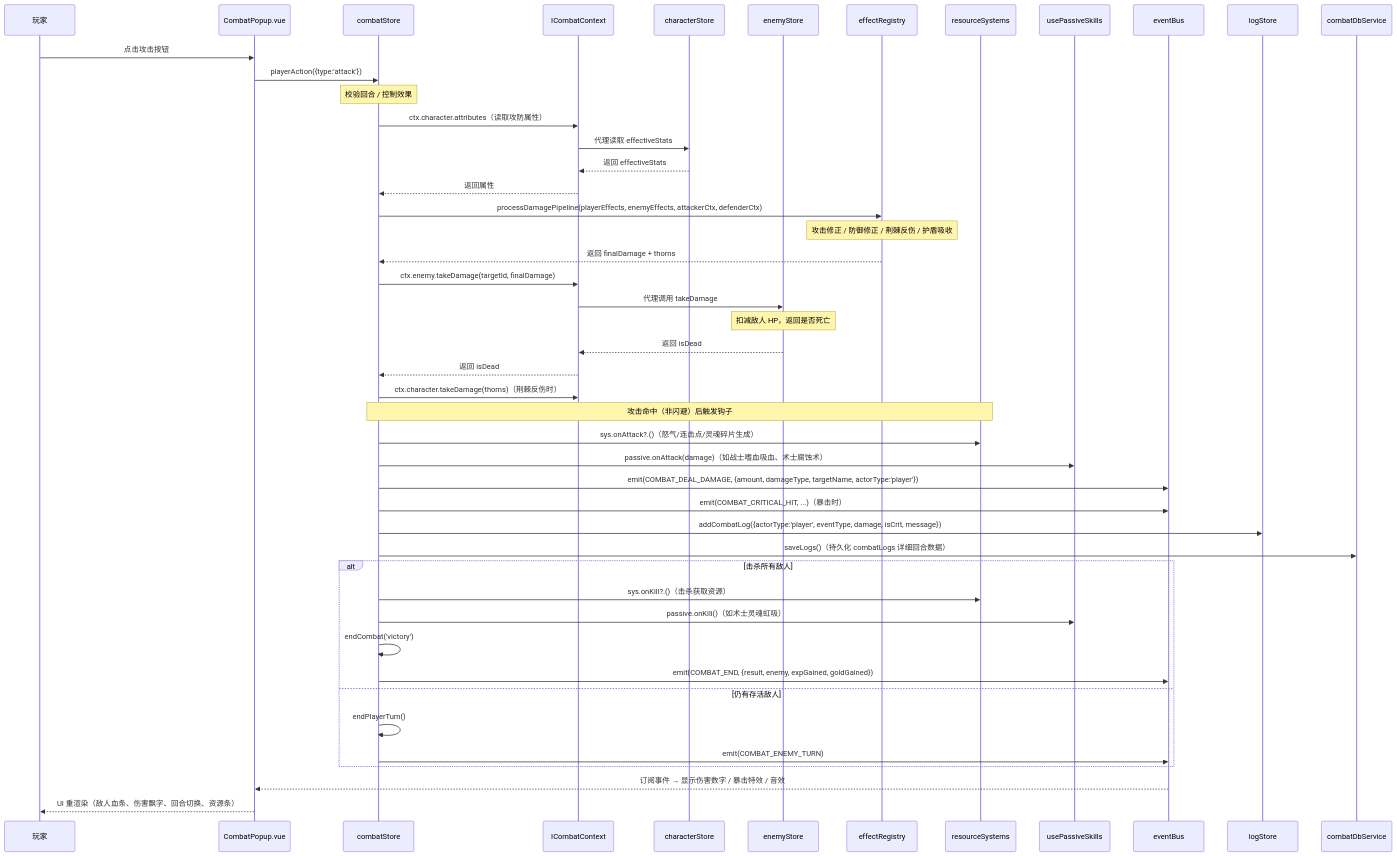
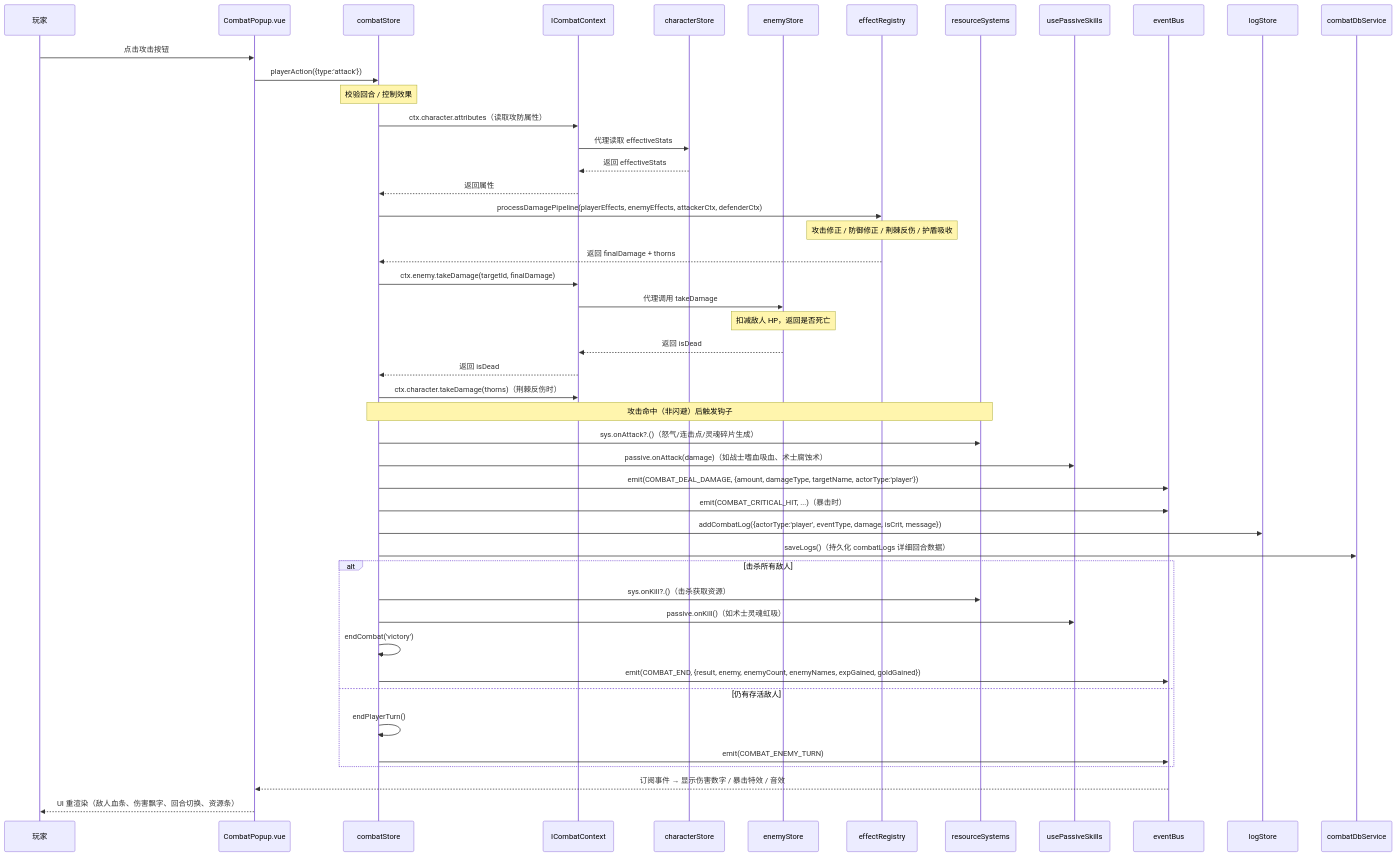
The third of 18 diagrams in doc/project/DATA_FLOW.md (SonDemigods/wow_dnd), drawn with Mermaid before and after one commit. The commit also changed other lines of this file and 55 other files, not shown here.

````diff
--- a/doc/project/DATA_FLOW.md
+++ b/doc/project/DATA_FLOW.md
@@ -76,51 +106,51 @@
 ```mermaid
 sequenceDiagram
     %% 战斗攻击流程：从点击到 UI 重渲染
     participant U as 玩家
     participant C as CombatPopup.vue
     participant CS as combatStore
     participant Ctx as ICombatContext
     participant CharS as characterStore
     participant ES as enemyStore
     participant ER as effectRegistry
     participant RS as resourceSystems
     participant PS as usePassiveSkills
     participant Bus as eventBus
     participant LS as logStore
     participant DB as combatDbService
 
     U->>C: 点击攻击按钮
     C->>CS: playerAction({type:'attack'})
     Note over CS: 校验回合 / 控制效果
     CS->>Ctx: ctx.character.attributes（读取攻防属性）
     Ctx->>CharS: 代理读取 effectiveStats
     CharS-->>Ctx: 返回 effectiveStats
     Ctx-->>CS: 返回属性
     CS->>ER: processDamagePipeline(playerEffects, enemyEffects, attackerCtx, defenderCtx)
     Note over ER: 攻击修正 / 防御修正 / 荆棘反伤 / 护盾吸收
     ER-->>CS: 返回 finalDamage + thorns
     CS->>Ctx: ctx.enemy.takeDamage(targetId, finalDamage)
     Ctx->>ES: 代理调用 takeDamage
     Note over ES: 扣减敌人 HP，返回是否死亡
     ES-->>Ctx: 返回 isDead
     Ctx-->>CS: 返回 isDead
     CS->>Ctx: ctx.character.takeDamage(thorns)（荆棘反伤时）
     Note over CS,RS: 攻击命中（非闪避）后触发钩子
     CS->>RS: sys.onAttack?.()（怒气/连击点/灵魂碎片生成）
     CS->>PS: passive.onAttack(damage)（如战士嗜血吸血、术士腐蚀术）
     CS->>Bus: emit(COMBAT_DEAL_DAMAGE, {amount, damageType, targetName, actorType:'player'})
     CS->>Bus: emit(COMBAT_CRITICAL_HIT, ...)（暴击时）
     CS->>LS: addCombatLog({actorType:'player', eventType, damage, isCrit, message})
     CS->>DB: saveLogs()（持久化 combatLogs 详细回合数据）
     alt 击杀所有敌人
         CS->>RS: sys.onKill?.()（击杀获取资源）
         CS->>PS: passive.onKill()（如术士灵魂虹吸）
         CS->>CS: endCombat('victory')
-        CS->>Bus: emit(COMBAT_END, {result, enemy, expGained, goldGained})
+        CS->>Bus: emit(COMBAT_END, {result, enemy, enemyCount, enemyNames, expGained, goldGained})
     else 仍有存活敌人
         CS->>CS: endPlayerTurn()
         CS->>Bus: emit(COMBAT_ENEMY_TURN)
     end
     Bus-->>C: 订阅事件 → 显示伤害数字 / 暴击特效 / 音效
     C-->>U: UI 重渲染（敌人血条、伤害飘字、回合切换、资源条）
 ```
````
